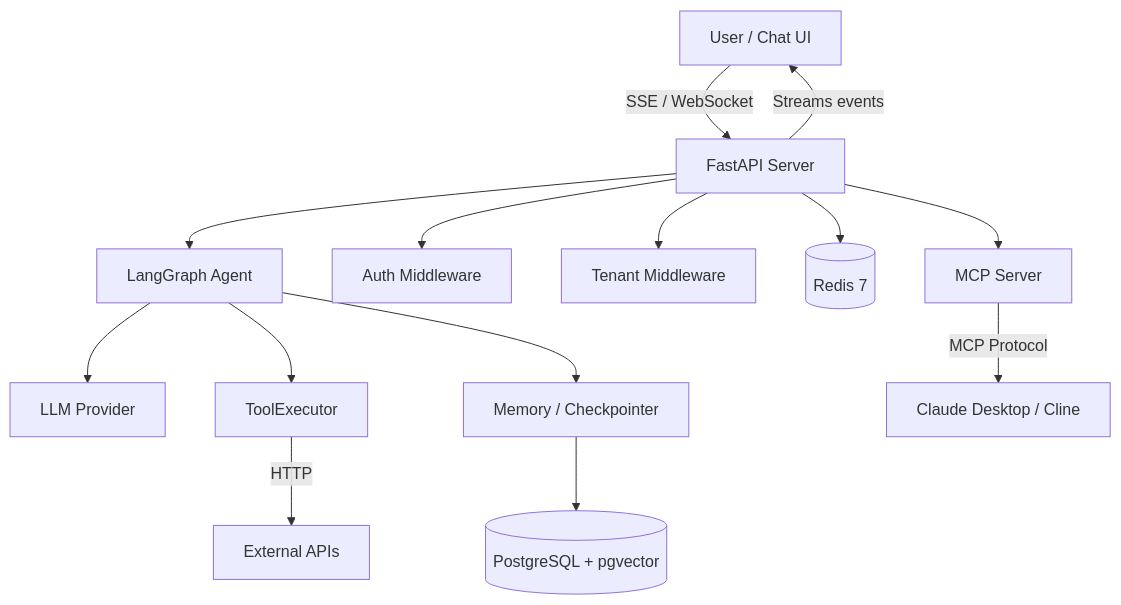
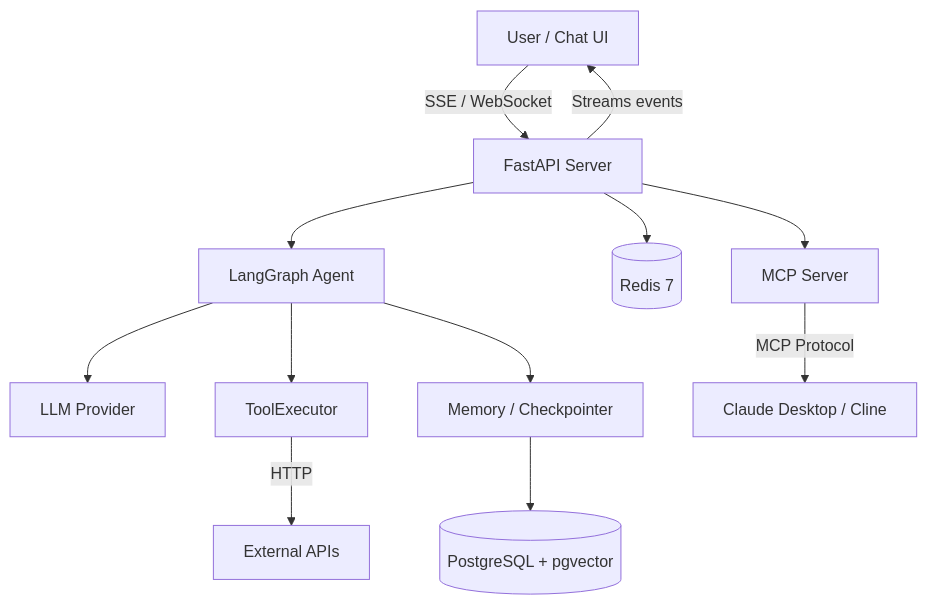
One commit to Muhammad-Husnain07/Nexus-Agent changed the first of 6 diagrams in nexus-agent/docs/architecture.md. Above: the diagram before and after it, drawn with Mermaid. The commit also changed other lines of this file and 1 other file, not shown here.

Commit message:
docs: rewrite AGENTS.md and architecture.md to reflect DAG-based architecture

````diff
--- a/nexus-agent/docs/architecture.md
+++ b/nexus-agent/docs/architecture.md
@@ -11,16 +11,14 @@
 ```mermaid
 graph TB
     User[User / Chat UI] -->|SSE / WebSocket| FastAPI[FastAPI Server]
     FastAPI -->|Streams events| User
     FastAPI --> Agent[LangGraph Agent]
     Agent --> LLM[LLM Provider]
     Agent --> ToolExec[ToolExecutor]
-    FastAPI --> Auth[Auth Middleware]
-    FastAPI --> Tenant[Tenant Middleware]
     ToolExec -->|HTTP| ExternalAPI[External APIs]
     Agent --> Memory[Memory / Checkpointer]
     Memory --> PG[(PostgreSQL + pgvector)]
     FastAPI --> Redis[(Redis 7)]
     FastAPI --> MCP[MCP Server]
     MCP -->|MCP Protocol| MCPClient[Claude Desktop / Cline]
 ```
````
